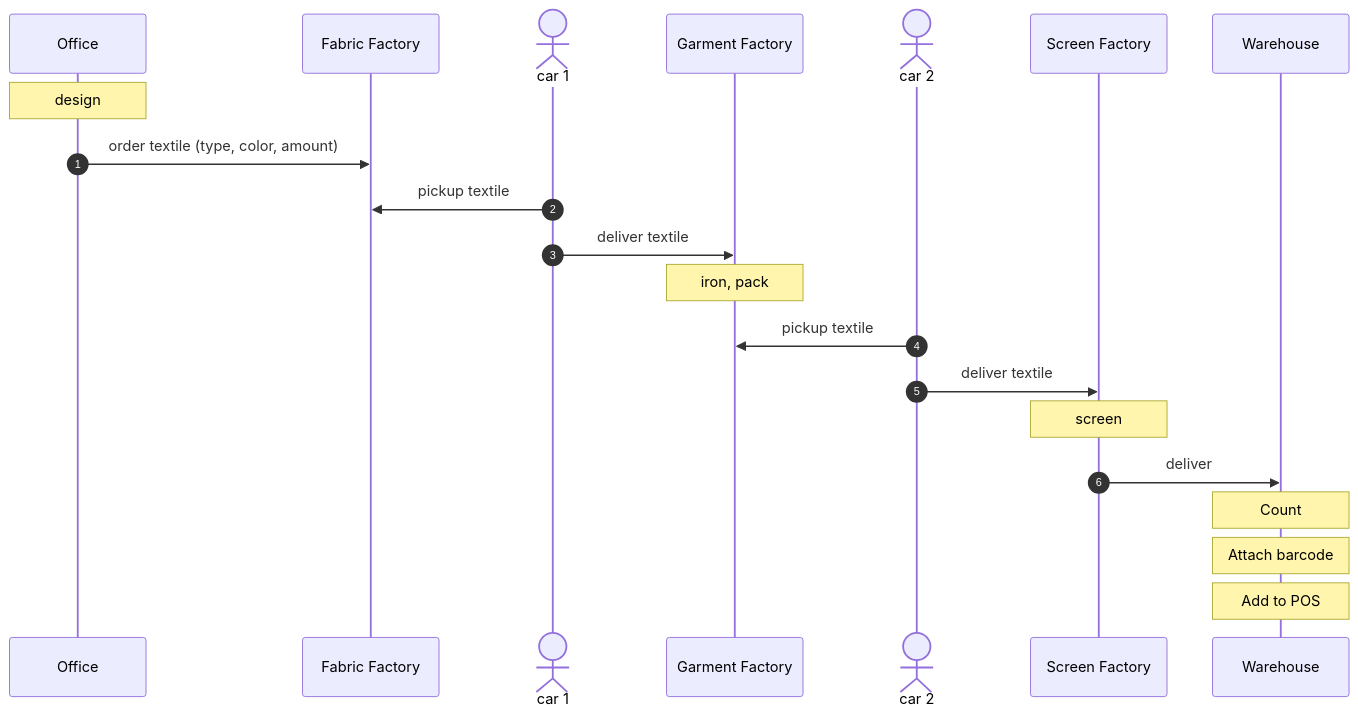
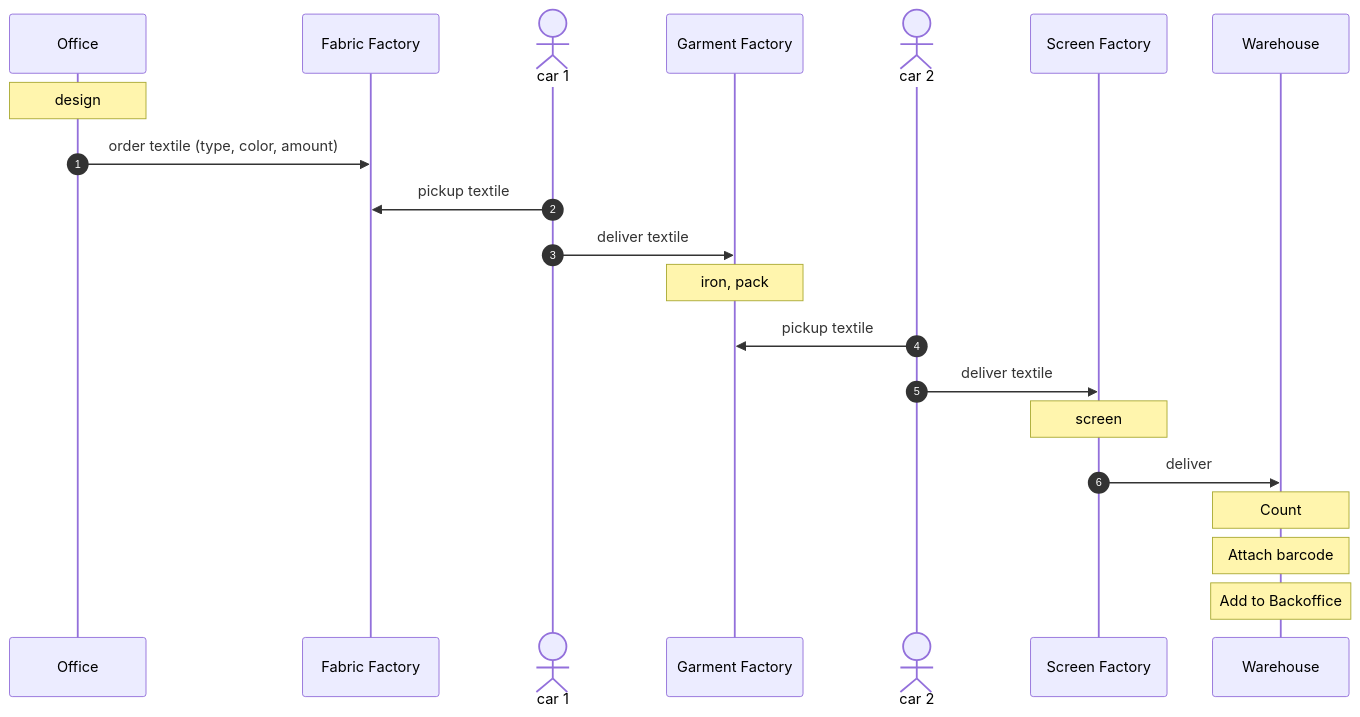
One commit to turboza/urthe-documentation changed the diagram in manufacturing-flow.md. Above: the diagram before and after it, drawn with Mermaid. The commit also changed 3 other files, not shown here.

````diff
--- a/manufacturing-flow.md
+++ b/manufacturing-flow.md
@@ -3,25 +3,25 @@
 ```mermaid
 sequenceDiagram
     participant Office
     participant Fabric Factory
     actor car 1
     participant Garment Factory
     actor car 2
     participant Screen Factory
     participant Warehouse
 
     autonumber
 
     Note over Office: design
     Office->>Fabric Factory: order textile (type, color, amount)
     car 1->>Fabric Factory: pickup textile
     car 1->>Garment Factory: deliver textile
     Note over Garment Factory: iron, pack
     car 2->>Garment Factory: pickup textile
     car 2->>Screen Factory: deliver textile
     Note over Screen Factory: screen
     Screen Factory->>Warehouse: deliver
     Note over Warehouse: Count
     Note over Warehouse: Attach barcode
-    Note over Warehouse: Add to POS
+    Note over Warehouse: Add to Backoffice
 ```
````
